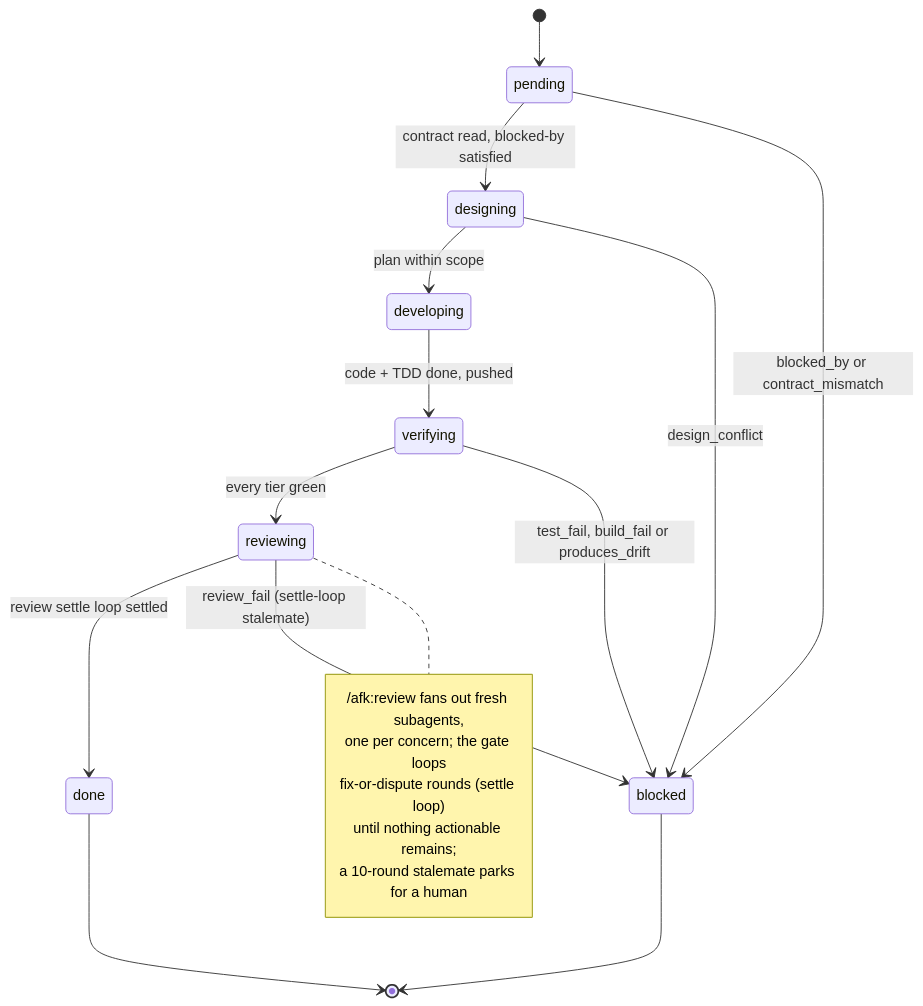
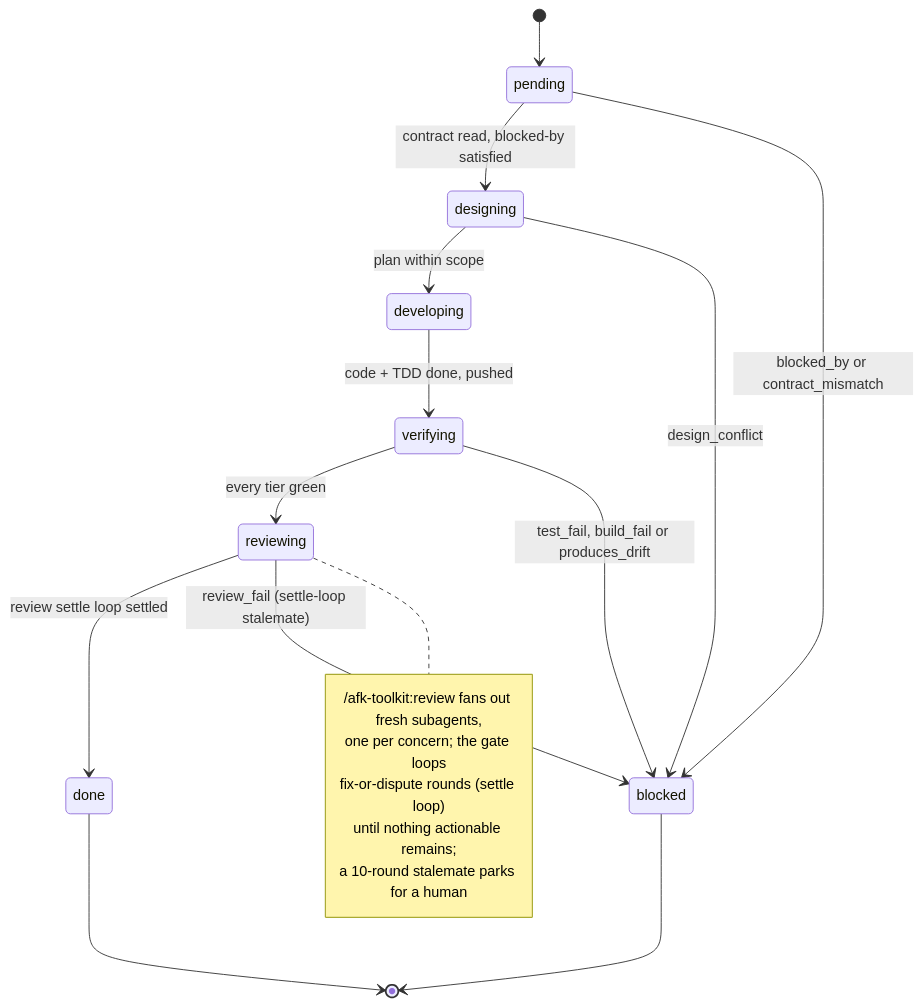
Before and after one commit to midnightblur/afk-driver: the fifth of 6 diagrams in README.md, drawn with Mermaid. The commit also changed other lines of this file and 105 other files, not shown here.

First line of the commit message:
afk-toolkit: rename and standalone root

````diff
--- a/README.md
+++ b/README.md
@@ -482,24 +482,24 @@
 ```mermaid
 stateDiagram-v2
     [*] --> pending
     pending --> designing: contract read, blocked-by satisfied
     designing --> developing: plan within scope
     developing --> verifying: code + TDD done, pushed
     verifying --> reviewing: every tier green
     reviewing --> done: review settle loop settled
     done --> [*]
 
     pending --> blocked: blocked_by or contract_mismatch
     designing --> blocked: design_conflict
     verifying --> blocked: test_fail, build_fail or produces_drift
     reviewing --> blocked: review_fail (settle-loop stalemate)
     blocked --> [*]
 
     note right of reviewing
-        /afk:review fans out fresh subagents,
+        /afk-toolkit:review fans out fresh subagents,
         one per concern; the gate loops
         fix-or-dispute rounds (settle loop)
         until nothing actionable remains;
         a 10-round stalemate parks for a human
     end note
 ```
````
